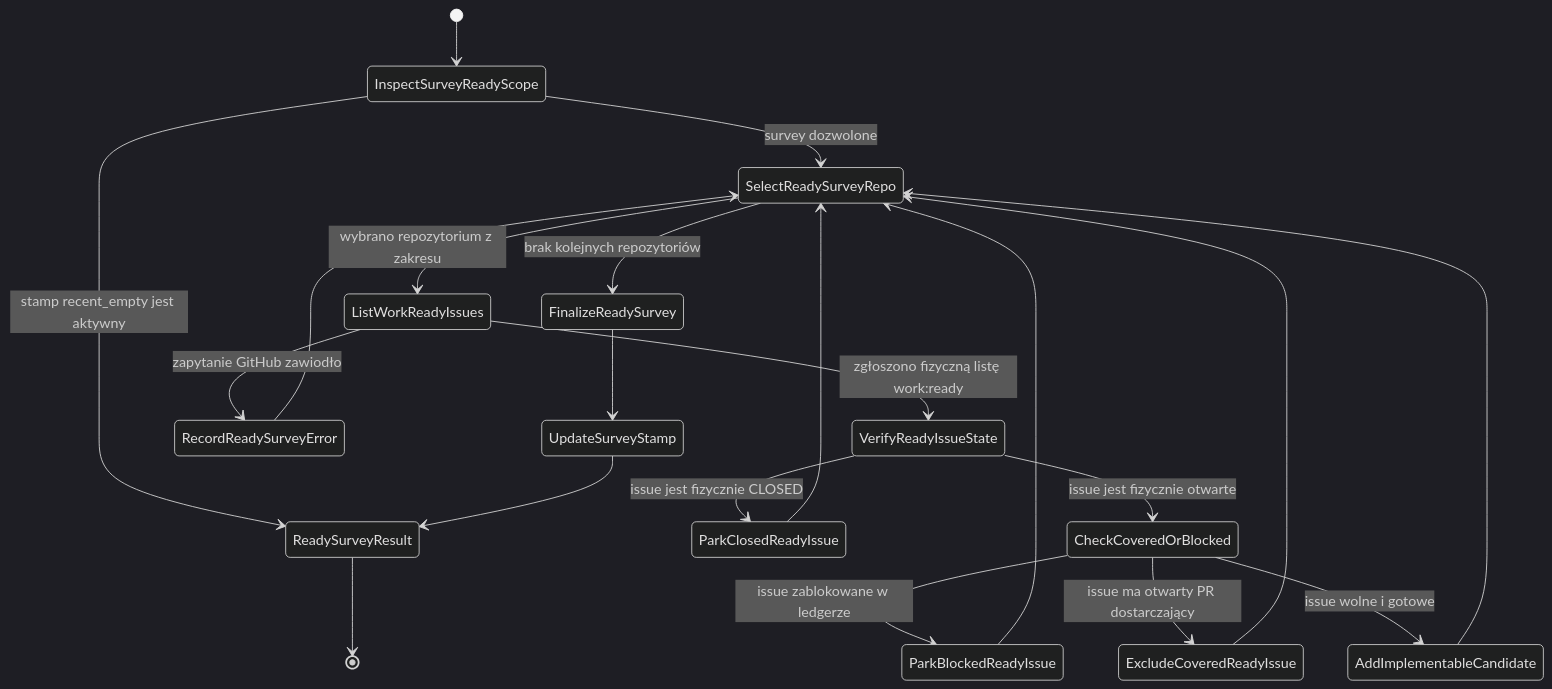
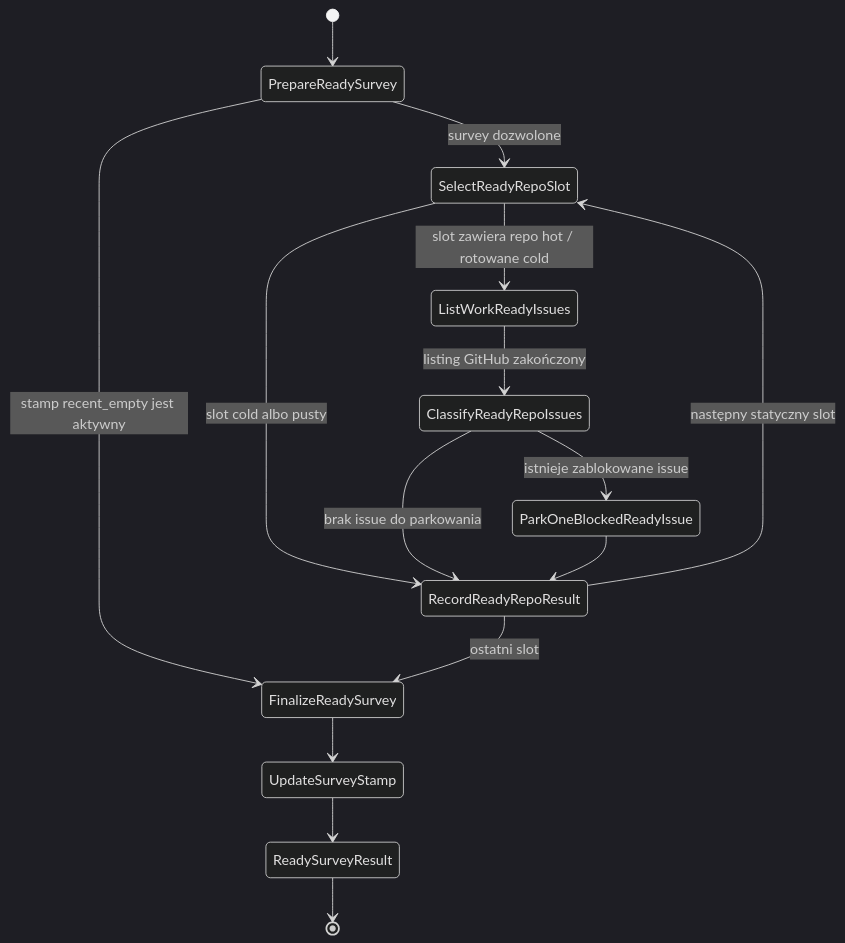
One commit to mikolaj92/lokay changed the second of 10 diagrams in README.md. Above: the diagram before and after it, drawn with Mermaid (dark theme). The commit also changed other lines of this file, not shown here.

Commit message:
docs: bound ready survey to explicit repo slots

````diff
--- a/README.md
+++ b/README.md
@@ -100,23 +100,17 @@
 ```mermaid
 stateDiagram-v2
-    [*] --> InspectSurveyReadyScope
-    InspectSurveyReadyScope --> ReadySurveyResult: stamp recent_empty jest aktywny
-    InspectSurveyReadyScope --> SelectReadySurveyRepo: survey dozwolone
-    SelectReadySurveyRepo --> ListWorkReadyIssues: wybrano repozytorium z zakresu
-    SelectReadySurveyRepo --> FinalizeReadySurvey: brak kolejnych repozytoriów
-    ListWorkReadyIssues --> VerifyReadyIssueState: zgłoszono fizyczną listę work:ready
-    ListWorkReadyIssues --> RecordReadySurveyError: zapytanie GitHub zawiodło
-    VerifyReadyIssueState --> ParkClosedReadyIssue: issue jest fizycznie CLOSED
-    VerifyReadyIssueState --> CheckCoveredOrBlocked: issue jest fizycznie otwarte
-    CheckCoveredOrBlocked --> ParkBlockedReadyIssue: issue zablokowane w ledgerze
-    CheckCoveredOrBlocked --> ExcludeCoveredReadyIssue: issue ma otwarty PR dostarczający
-    CheckCoveredOrBlocked --> AddImplementableCandidate: issue wolne i gotowe
-    ParkClosedReadyIssue --> SelectReadySurveyRepo
-    ParkBlockedReadyIssue --> SelectReadySurveyRepo
-    ExcludeCoveredReadyIssue --> SelectReadySurveyRepo
-    AddImplementableCandidate --> SelectReadySurveyRepo
-    RecordReadySurveyError --> SelectReadySurveyRepo
+    [*] --> PrepareReadySurvey
+    PrepareReadySurvey --> FinalizeReadySurvey: stamp recent_empty jest aktywny
+    PrepareReadySurvey --> SelectReadyRepoSlot: survey dozwolone
+    SelectReadyRepoSlot --> ListWorkReadyIssues: slot zawiera repo hot / rotowane cold
+    SelectReadyRepoSlot --> RecordReadyRepoResult: slot cold albo pusty
+    ListWorkReadyIssues --> ClassifyReadyRepoIssues: listing GitHub zakończony
+    ClassifyReadyRepoIssues --> ParkOneBlockedReadyIssue: istnieje zablokowane issue
+    ClassifyReadyRepoIssues --> RecordReadyRepoResult: brak issue do parkowania
+    ParkOneBlockedReadyIssue --> RecordReadyRepoResult
+    RecordReadyRepoResult --> SelectReadyRepoSlot: następny statyczny slot
+    RecordReadyRepoResult --> FinalizeReadySurvey: ostatni slot
     FinalizeReadySurvey --> UpdateSurveyStamp
     UpdateSurveyStamp --> ReadySurveyResult
     ReadySurveyResult --> [*]
 ```
````
